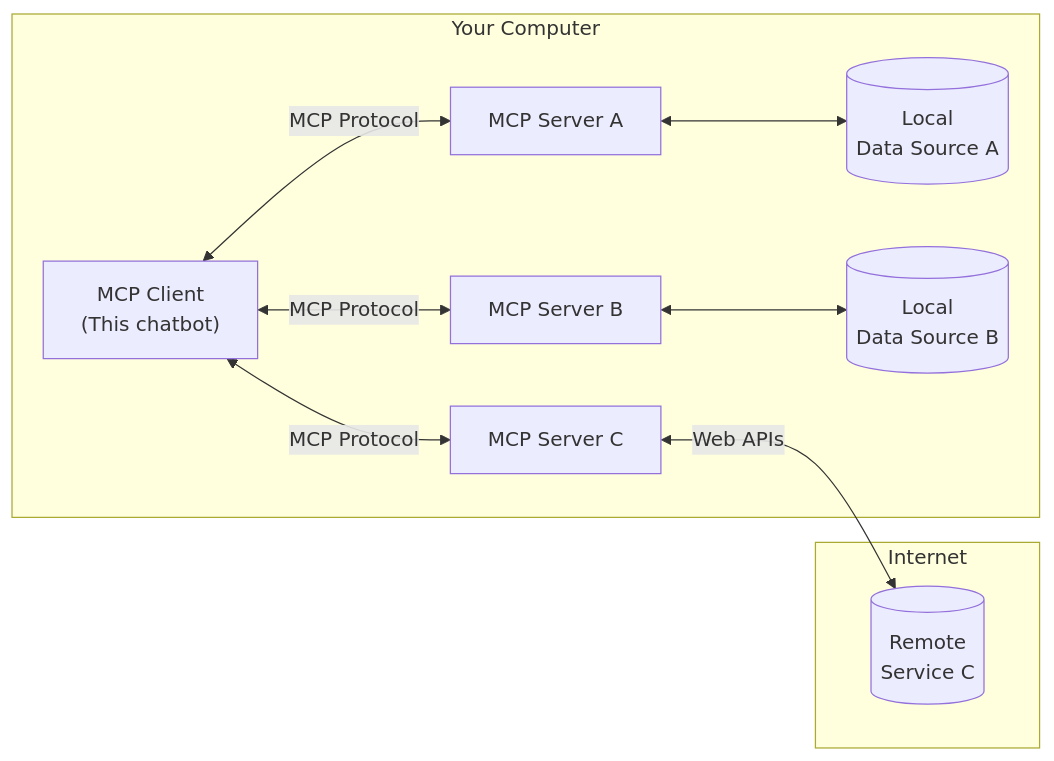
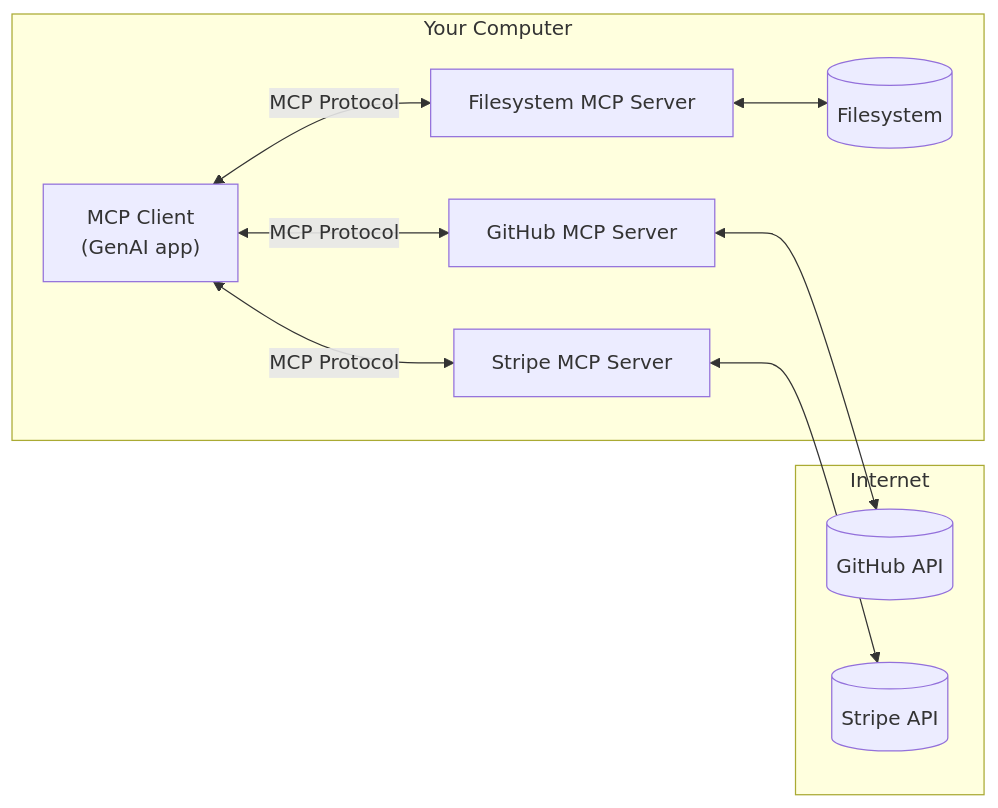
The first of 2 diagrams in client/src/components/tutorial/steps/mcp.md (shelajev/visual-chatbot), drawn with Mermaid before and after one commit. The commit also changed other lines of this file and 32 other files, not shown here.

````diff
--- a/client/src/components/tutorial/steps/mcp.md
+++ b/client/src/components/tutorial/steps/mcp.md
@@ -20,17 +15,17 @@
 ```mermaid
 flowchart LR
     subgraph "Your Computer"
-        Host["MCP Client\n(This chatbot)"]
-        S1["MCP Server A"]
-        S2["MCP Server B"]
-        S3["MCP Server C"]
+        Host["MCP Client\n(GenAI app)"]
+        S1["GitHub MCP Server"]
+        S2["Stripe MCP Server"]
+        S3["Filesystem MCP Server"]
         Host <-->|"MCP Protocol"| S1
         Host <-->|"MCP Protocol"| S2
         Host <-->|"MCP Protocol"| S3
-        S1 <--> D1[("Local\nData Source A")]
-        S2 <--> D2[("Local\nData Source B")]
+        S3 <-->D3[("Filesystem")]
     end
     subgraph "Internet"
-        S3 <-->|"Web APIs"| D3[("Remote\nService C")]
+        S1 <--> D1[("GitHub API")]
+        S2 <--> D2[("Stripe API")]
     end
 ```
````
